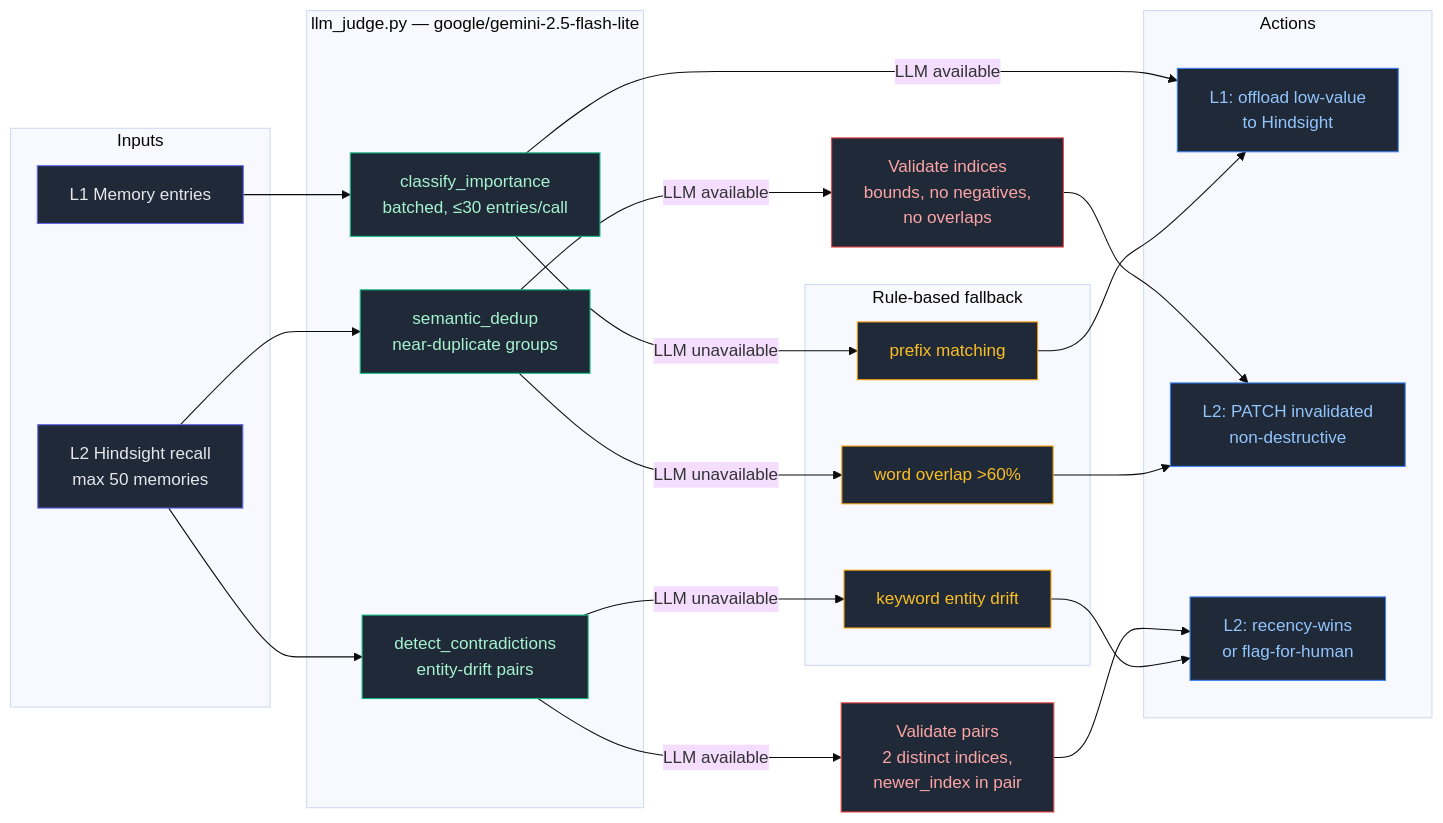
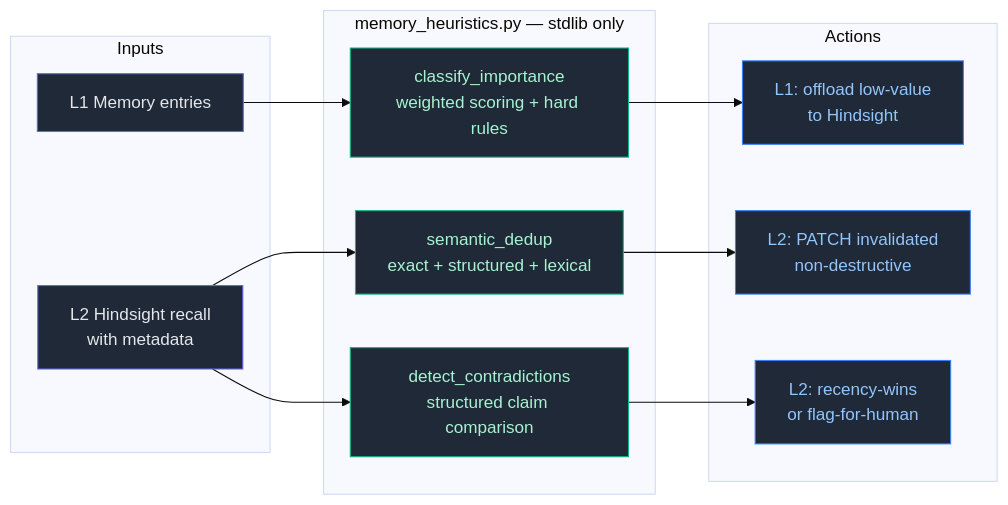
Before and after one commit to Green-Needle-Tech/agent-memory-optimization: the first of 2 diagrams in README.md, drawn with Mermaid (base theme). The commit also changed other lines of this file and 9 other files, not shown here.

First line of the commit message:
v3.0.0: Replace LLM-as-Judge with rule-based heuristics

````diff
--- a/README.md
+++ b/README.md
@@ -90,54 +40,34 @@
 ```mermaid
 flowchart LR
     subgraph Inputs
         MEM1[L1 Memory entries]
-        MEM2[L2 Hindsight recall<br/>max 50 memories]
+        MEM2[L2 Hindsight recall<br/>with metadata]
     end
 
-    subgraph Judge["llm_judge.py — google/gemini-2.5-flash-lite"]
-        IC[classify_importance<br/>batched, ≤30 entries/call]
-        SD[semantic_dedup<br/>near-duplicate groups]
-        CD[detect_contradictions<br/>entity-drift pairs]
-    end
-
-    subgraph Fallback["Rule-based fallback"]
-        FB1[prefix matching]
-        FB2[word overlap >60%]
-        FB3[keyword entity drift]
+    subgraph Heuristics["memory_heuristics.py — stdlib only"]
+        IC[classify_importance<br/>weighted scoring + hard rules]
+        SD[semantic_dedup<br/>exact + structured + lexical]
+        CD[detect_contradictions<br/>structured claim comparison]
     end
 
     subgraph Actions
         A1[L1: offload low-value<br/>to Hindsight]
         A2[L2: PATCH invalidated<br/>non-destructive]
         A3[L2: recency-wins<br/>or flag-for-human]
     end
 
     MEM1 --> IC
     MEM2 --> SD
     MEM2 --> CD
 
-    IC -- LLM available --> A1
-    SD -- LLM available --> VAL1[Validate indices<br/>bounds, no negatives,<br/>no overlaps]
-    CD -- LLM available --> VAL2[Validate pairs<br/>2 distinct indices,<br/>newer_index in pair]
-    VAL1 --> A2
-    VAL2 --> A3
-
-    IC -- LLM unavailable --> FB1
-    SD -- LLM unavailable --> FB2
-    CD -- LLM unavailable --> FB3
-
-    FB1 --> A1
-    FB2 --> A2
-    FB3 --> A3
+    IC --> A1
+    SD --> A2
+    CD --> A3
 
     classDef input fill:#1f2937,stroke:#6366f1,color:#e5e7eb
-    classDef judge fill:#1f2937,stroke:#10b981,color:#a7f3d0
-    classDef fallback fill:#1f2937,stroke:#f59e0b,color:#fbbf24
+    classDef heur fill:#1f2937,stroke:#10b981,color:#a7f3d0
     classDef action fill:#1f2937,stroke:#3b82f6,color:#93c5fd
-    classDef validate fill:#1f2937,stroke:#ef4444,color:#fca5a5
     class MEM1,MEM2 input
-    class IC,SD,CD judge
-    class FB1,FB2,FB3 fallback
+    class IC,SD,CD heur
     class A1,A2,A3 action
-    class VAL1,VAL2 validate
 ```
````
